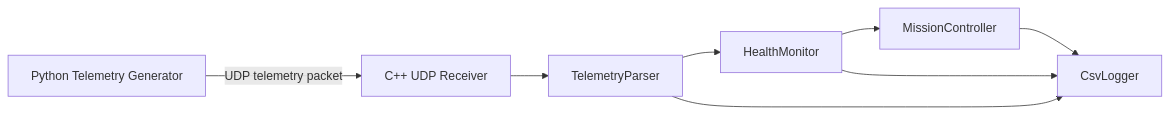
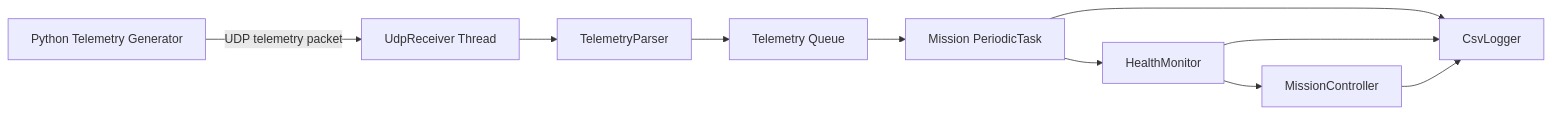
Before and after one commit to KimGyeongLock/UAV-Mission-Software-Simulator: the diagram in README.md, drawn with Mermaid. The commit also changed other lines of this file and 1 other file, not shown here.

Commit message:
docs: Telemetry queue 기반 thread 구조 문서화

````diff
--- a/README.md
+++ b/README.md
@@ -37,10 +37,12 @@
 ```mermaid
 flowchart LR
-    A["Python Telemetry Generator"] -->|UDP telemetry packet| B["C++ UDP Receiver"]
+    A["Python Telemetry Generator"] -->|UDP telemetry packet| B["UdpReceiver Thread"]
     B --> C["TelemetryParser"]
-    C --> D["HealthMonitor"]
-    D --> E["MissionController"]
-    E --> F["CsvLogger"]
-    C --> F
-    D --> F
+    C --> D["Telemetry Queue"]
+    D --> E["Mission PeriodicTask"]
+    E --> F["HealthMonitor"]
+    F --> G["MissionController"]
+    E --> H["CsvLogger"]
+    F --> H
+    G --> H
 ```
````
